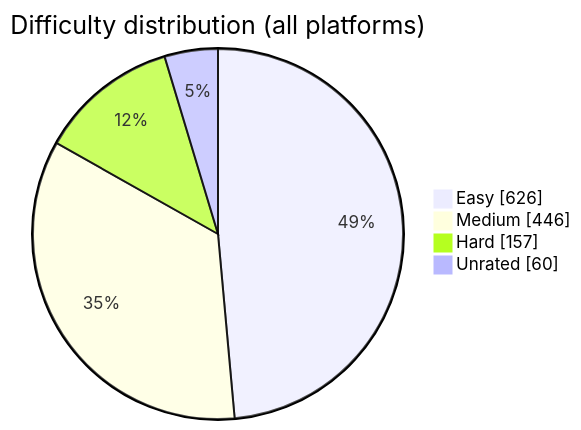
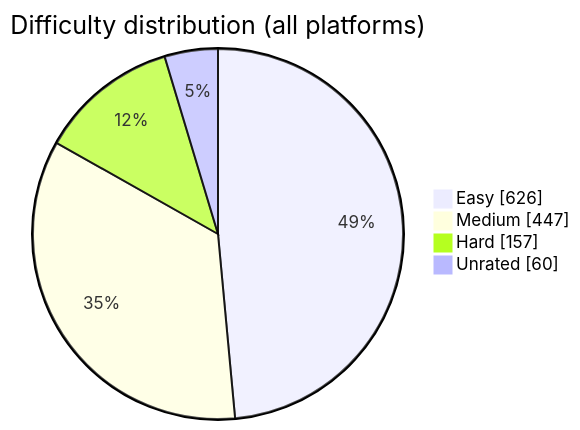
The diagram in README.md (BuildbyArindam/Daily-Coding-Log), drawn with Mermaid before and after one commit. The commit also changed other lines of this file, not shown here.

````diff
--- a/README.md
+++ b/README.md
@@ -93,7 +93,7 @@
 ```mermaid
 pie showData title Difficulty distribution (all platforms)
     "Easy" : 626
-    "Medium" : 446
+    "Medium" : 447
     "Hard" : 157
     "Unrated" : 60
 ```
````
